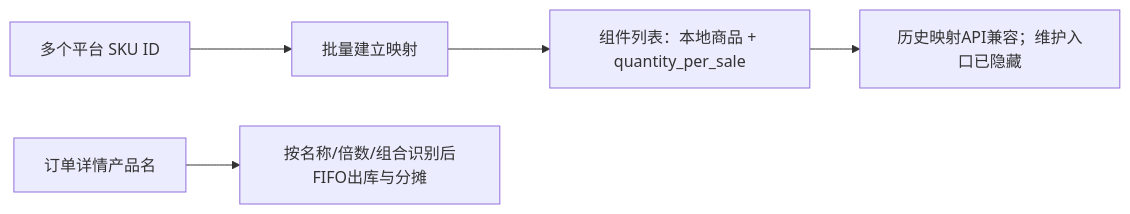
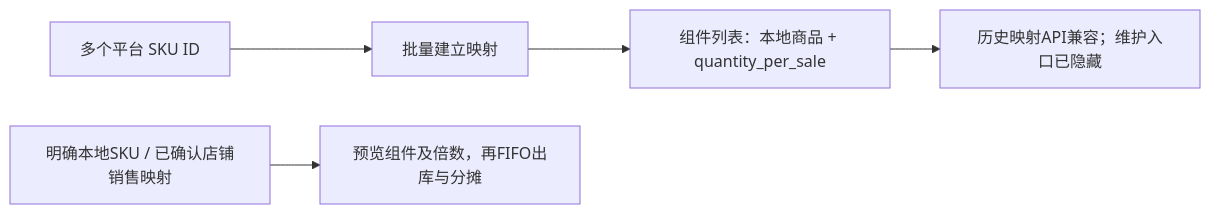
Before and after one commit to yueweiit/FastAPIProject: the diagram in docs/modules/finance-masters/workflow.md, drawn with Mermaid. The commit also changed other lines of this file and 17 other files, not shown here.

````diff
--- a/docs/modules/finance-masters/workflow.md
+++ b/docs/modules/finance-masters/workflow.md
@@ -24,7 +24,7 @@
 ```mermaid
 flowchart LR
     A["多个平台 SKU ID"] --> M["批量建立映射"]
     M --> P["组件列表：本地商品 + quantity_per_sale"]
     P --> S["历史映射API兼容；维护入口已隐藏"]
-    N["订单详情产品名"] --> F["按名称/倍数/组合识别后FIFO出库与分摊"]
+    N["明确本地SKU / 已确认店铺销售映射"] --> F["预览组件及倍数，再FIFO出库与分摊"]
 ```
````
